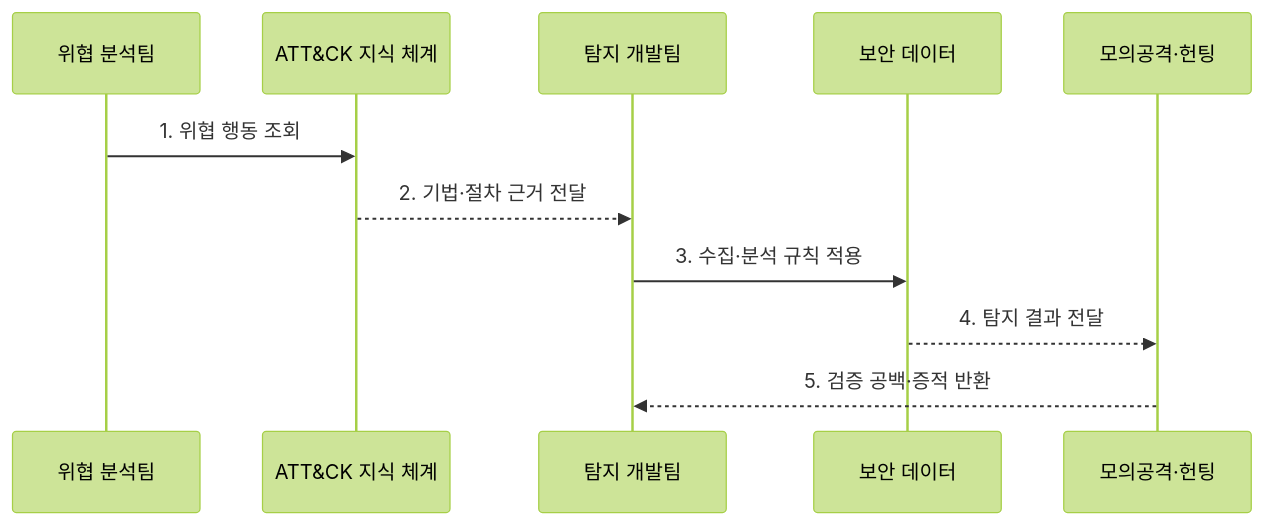
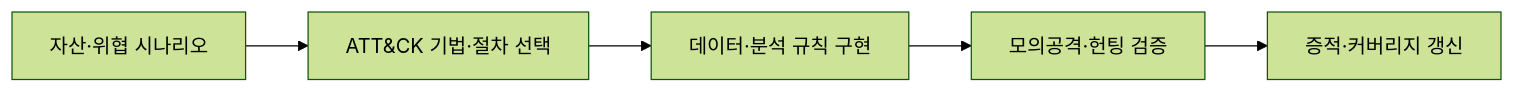
The second of 2 diagrams in src/content/docs/notes/05-security/029_mitre_attack.md (agnusdei1207/knowledge-base), drawn with Mermaid (forest theme) before and after one commit. The commit also changed other lines of this file and 20 other files, not shown here.

````diff
--- a/src/content/docs/notes/05-security/029_mitre_attack.md
+++ b/src/content/docs/notes/05-security/029_mitre_attack.md
@@ -89,13 +89,7 @@
 ```mermaid
-sequenceDiagram
-    participant T as 위협 분석팀
-    participant A as ATT&CK 지식 체계
-    participant D as 탐지 개발팀
-    participant S as 보안 데이터
-    participant V as 모의공격·헌팅
-    T->>A: 1. 위협 행동 조회
-    A-->>D: 2. 기법·절차 근거 전달
-    D->>S: 3. 수집·분석 규칙 적용
-    S-->>V: 4. 탐지 결과 전달
-    V-->>D: 5. 검증 공백·증적 반환
+flowchart LR
+    A["자산·위협 시나리오"] --> B["ATT&CK 기법·절차 선택"]
+    B --> C["데이터·분석 규칙 구현"]
+    C --> D["모의공격·헌팅 검증"]
+    D --> E["증적·커버리지 갱신"]
 ```
````
